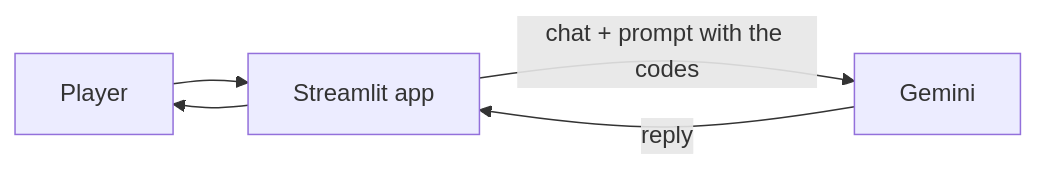
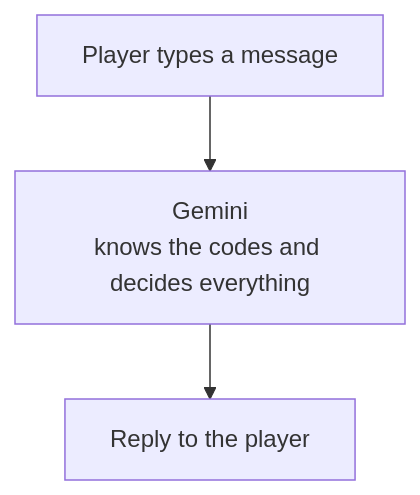
Before and after one commit to farzaneh3745/AI-Escape-Room: the first of 2 diagrams in README.md, drawn with Mermaid. The commit also changed other lines of this file, not shown here.

````diff
--- a/README.md
+++ b/README.md
@@ -33,7 +31,5 @@
 ```mermaid
-flowchart LR
-    P[Player] --> A[Streamlit app]
-    A -->|chat + prompt with the codes| G[Gemini]
-    G -->|reply| A
-    A --> P
+flowchart TD
+    A[Player types a message] --> B[Gemini<br/>knows the codes and decides everything]
+    B --> C[Reply to the player]
 ```
````
